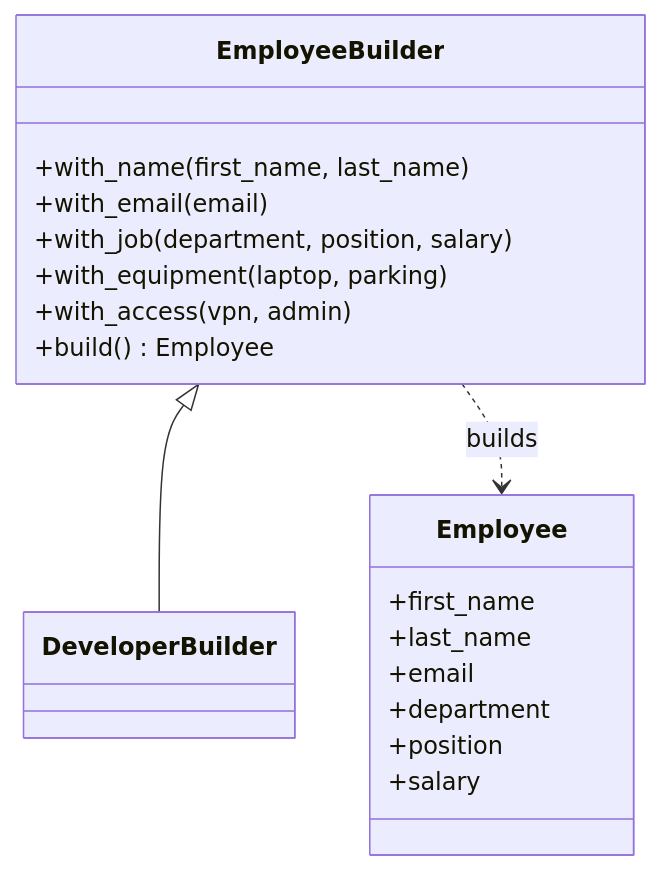
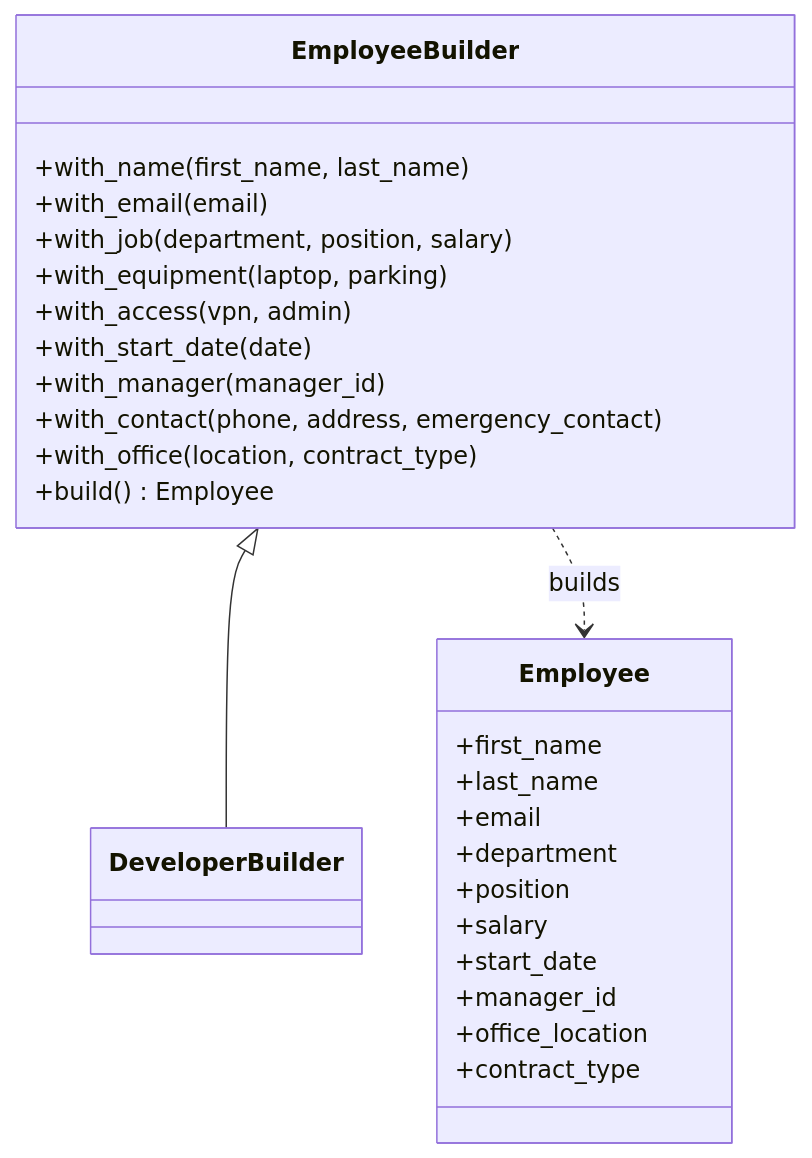
One commit to b00827504-basak/design-patterns-exercise changed the second of 7 diagrams in DIAGRAMS.md. Above: the diagram before and after it, drawn with Mermaid.

Commit message:
Update builder UML with onboarding fields

````diff
--- a/DIAGRAMS.md
+++ b/DIAGRAMS.md
@@ -28,22 +28,30 @@
 ```mermaid
 classDiagram
     class Employee {
         +first_name
         +last_name
         +email
         +department
         +position
         +salary
+        +start_date
+        +manager_id
+        +office_location
+        +contract_type
     }
     class EmployeeBuilder {
         +with_name(first_name, last_name)
         +with_email(email)
         +with_job(department, position, salary)
         +with_equipment(laptop, parking)
         +with_access(vpn, admin)
+        +with_start_date(date)
+        +with_manager(manager_id)
+        +with_contact(phone, address, emergency_contact)
+        +with_office(location, contract_type)
         +build() Employee
     }
     class DeveloperBuilder
     EmployeeBuilder <|-- DeveloperBuilder
     EmployeeBuilder ..> Employee : builds
 ```
````
